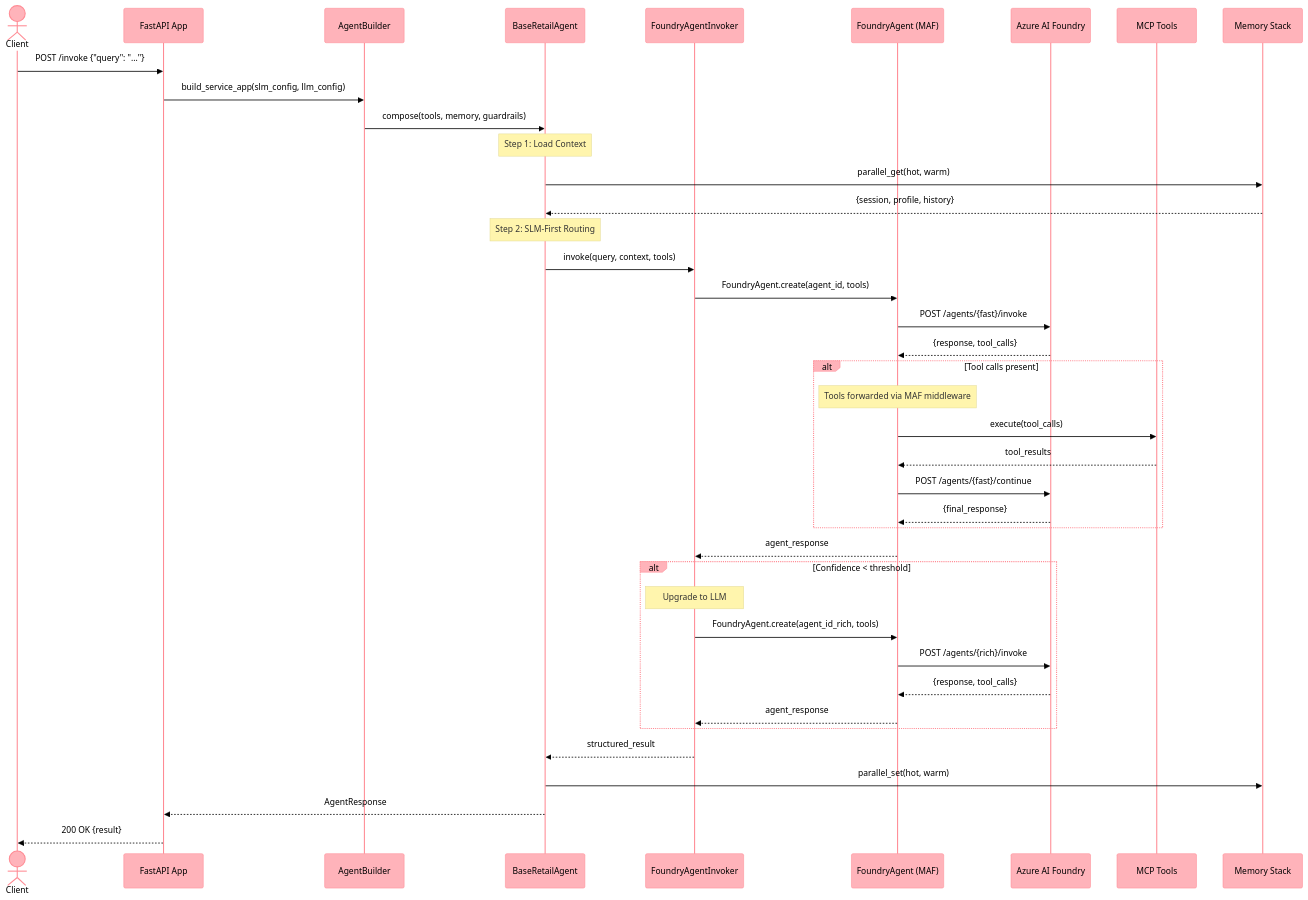
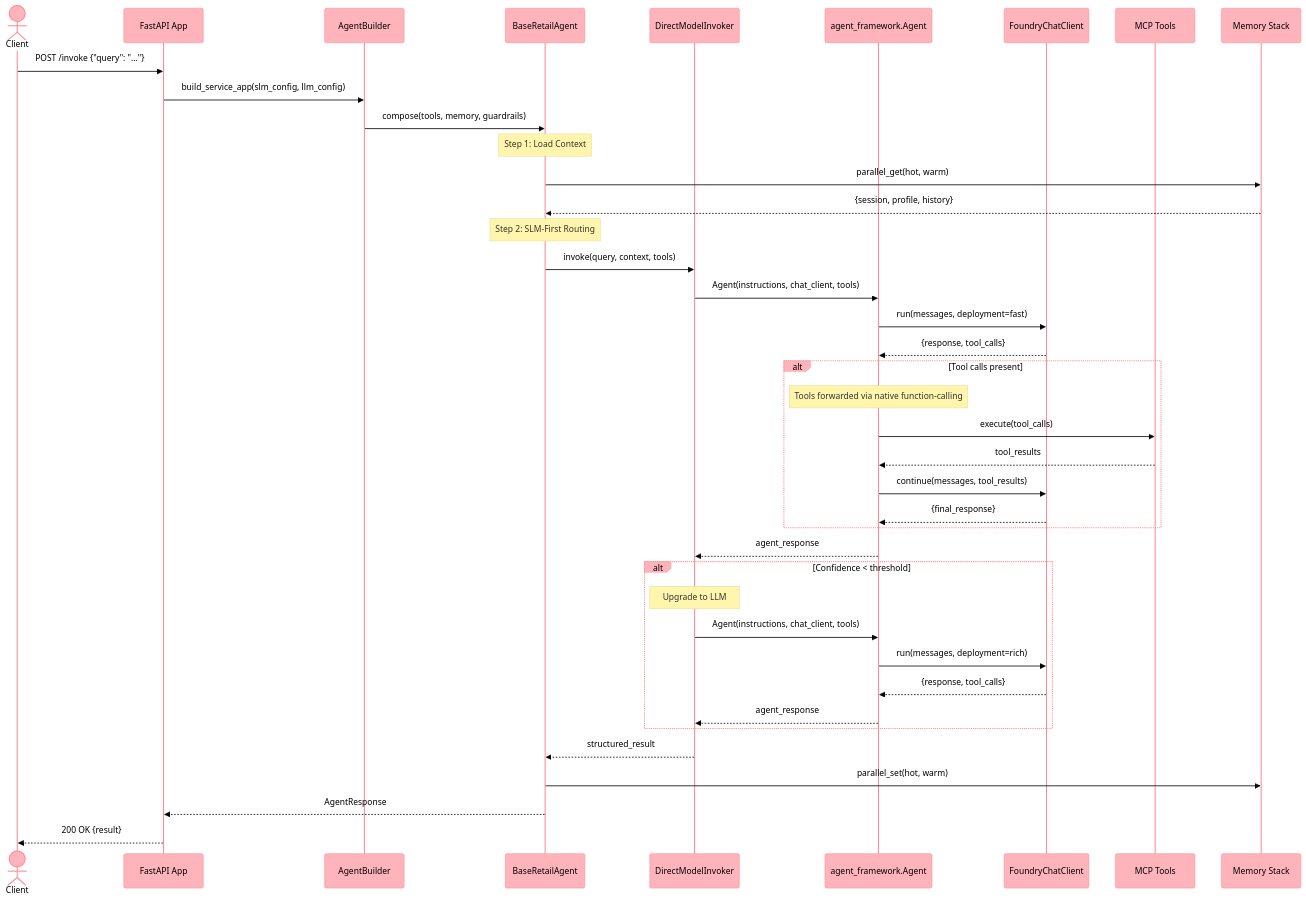
One commit to Azure-Samples/holiday-peak-hub changed the diagram in docs/architecture/diagrams/sequence-foundry-agent-invocation.md. Above: the diagram before and after it, drawn with Mermaid. The commit also changed other lines of this file and 116 other files, not shown here.

First line of the commit message:
feat(#990): MAF direct-model migration - Wave 4c cleanup + Foundry portal-tracking manifests (#1093)

````diff
--- a/docs/architecture/diagrams/sequence-foundry-agent-invocation.md
+++ b/docs/architecture/diagrams/sequence-foundry-agent-invocation.md
@@ -16,57 +16,57 @@
 ```mermaid
 %%{init: {'theme':'base', 'themeVariables': {
   'primaryColor':'#FFB3BA',
   'primaryTextColor':'#000',
   'primaryBorderColor':'#FF8B94',
   'lineColor':'#BAE1FF',
   'secondaryColor':'#BAE1FF',
   'tertiaryColor':'#FFFFFF'
 }}}%%
 sequenceDiagram
     actor Client
     participant API as FastAPI App
     participant Builder as AgentBuilder
     participant Agent as BaseRetailAgent
-    participant Invoker as FoundryAgentInvoker
-    participant MAF as FoundryAgent (MAF)
-    participant Foundry as Azure AI Foundry
+    participant Invoker as DirectModelInvoker
+    participant MAF as agent_framework.Agent
+    participant Chat as FoundryChatClient
     participant Tools as MCP Tools
     participant Memory as Memory Stack
 
     Client->>API: POST /invoke {"query": "..."}
     API->>Builder: build_service_app(slm_config, llm_config)
     Builder->>Agent: compose(tools, memory, guardrails)
 
     Note over Agent: Step 1: Load Context
     Agent->>Memory: parallel_get(hot, warm)
     Memory-->>Agent: {session, profile, history}
 
     Note over Agent: Step 2: SLM-First Routing
     Agent->>Invoker: invoke(query, context, tools)
-    Invoker->>MAF: FoundryAgent.create(agent_id, tools)
-    MAF->>Foundry: POST /agents/{fast}/invoke
-    Foundry-->>MAF: {response, tool_calls}
+    Invoker->>MAF: Agent(instructions, chat_client, tools)
+    MAF->>Chat: run(messages, deployment=fast)
+    Chat-->>MAF: {response, tool_calls}
 
     alt Tool calls present
-        Note over MAF: Tools forwarded via MAF middleware
+        Note over MAF: Tools forwarded via native function-calling
         MAF->>Tools: execute(tool_calls)
         Tools-->>MAF: tool_results
-        MAF->>Foundry: POST /agents/{fast}/continue
-        Foundry-->>MAF: {final_response}
+        MAF->>Chat: continue(messages, tool_results)
+        Chat-->>MAF: {final_response}
     end
 
     MAF-->>Invoker: agent_response
 
     alt Confidence < threshold
         Note over Invoker: Upgrade to LLM
-        Invoker->>MAF: FoundryAgent.create(agent_id_rich, tools)
-        MAF->>Foundry: POST /agents/{rich}/invoke
-        Foundry-->>MAF: {response, tool_calls}
+        Invoker->>MAF: Agent(instructions, chat_client, tools)
+        MAF->>Chat: run(messages, deployment=rich)
+        Chat-->>MAF: {response, tool_calls}
         MAF-->>Invoker: agent_response
     end
 
     Invoker-->>Agent: structured_result
     Agent->>Memory: parallel_set(hot, warm)
     Agent-->>API: AgentResponse
     API-->>Client: 200 OK {result}
 ```
````
